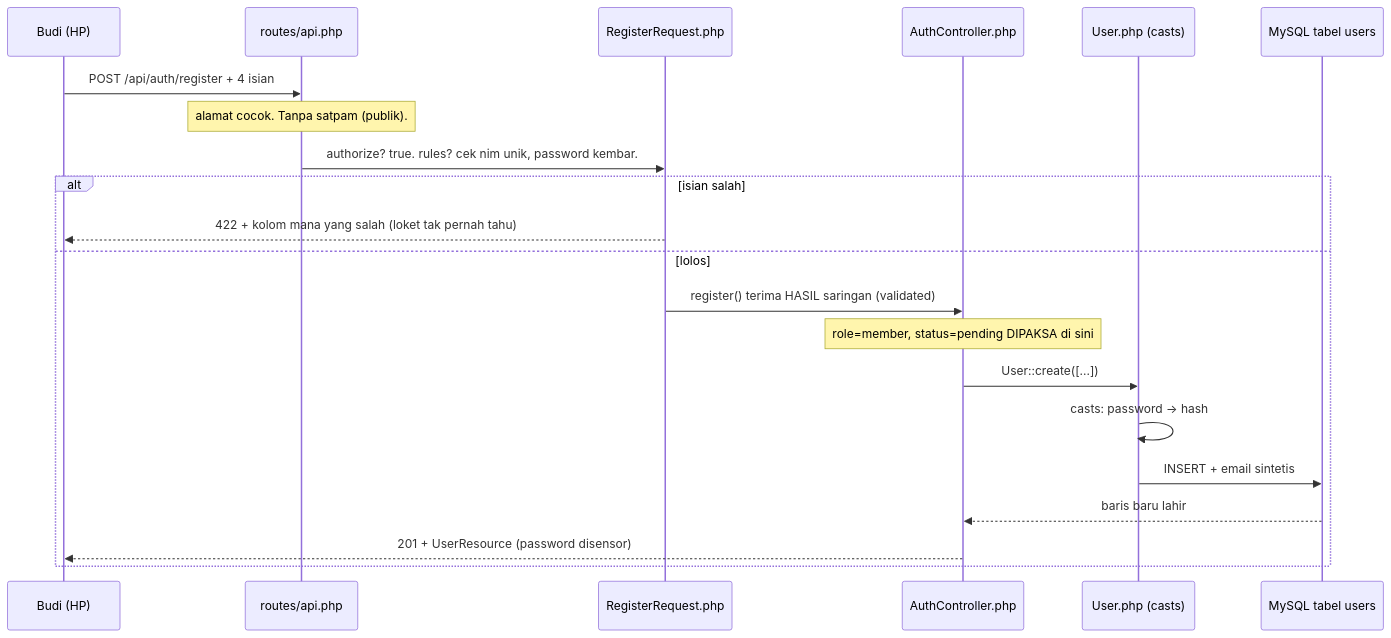
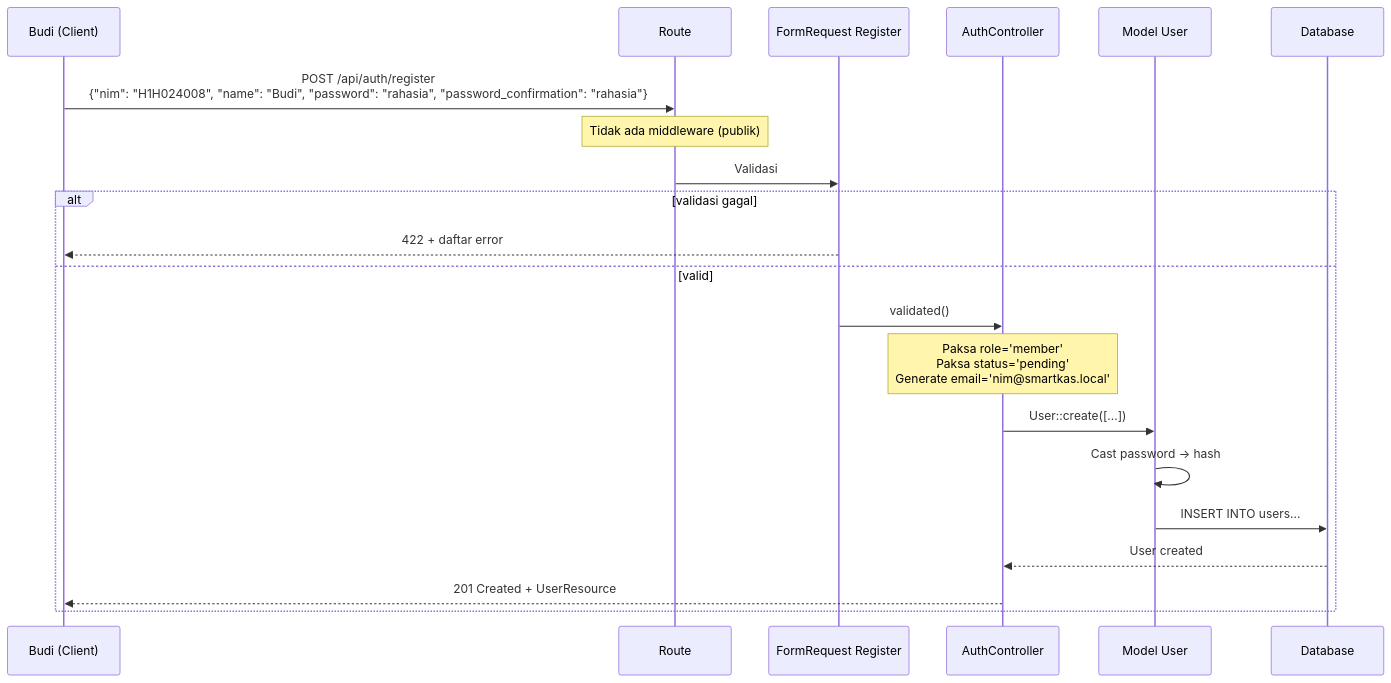
One commit to AbyanDv/Kelompok3-ShiftB-ResponsiPemweb2Laravel changed the fifth of 5 diagrams in penjelasan-tahap-1.md. Above: the diagram before and after it, drawn with Mermaid. The commit also changed other lines of this file and 15 other files, not shown here.

````diff
--- a/penjelasan-tahap-1.md
+++ b/penjelasan-tahap-1.md
@@ -468,24 +1432,24 @@
 ```mermaid
 sequenceDiagram
-    participant H as Budi (HP)
-    participant R as routes/api.php
-    participant F as RegisterRequest.php
-    participant C as AuthController.php
-    participant M as User.php (casts)
-    participant D as MySQL tabel users
+    participant B as Budi (Client)
+    participant R as Route
+    participant F as FormRequest Register
+    participant C as AuthController
+    participant M as Model User
+    participant D as Database
 
-    H->>R: POST /api/auth/register + 4 isian
-    Note over R: alamat cocok. Tanpa satpam (publik).
-    R->>F: authorize? true. rules? cek nim unik, password kembar.
-    alt isian salah
-        F-->>H: 422 + kolom mana yang salah (loket tak pernah tahu)
-    else lolos
-        F->>C: register() terima HASIL saringan (validated)
-        Note over C: role=member, status=pending DIPAKSA di sini
+    B->>R: POST /api/auth/register<br/>{"nim": "H1H024008", "name": "Budi", "password": "rahasia", "password_confirmation": "rahasia"}
+    Note over R: Tidak ada middleware (publik)
+    R->>F: Validasi
+    alt validasi gagal
+        F-->>B: 422 + daftar error
+    else valid
+        F->>C: validated()
+        Note over C: Paksa role='member'<br/>Paksa status='pending'<br/>Generate email='nim@smartkas.local'
         C->>M: User::create([...])
-        M->>M: casts: password → hash
-        M->>D: INSERT + email sintetis
-        D-->>C: baris baru lahir
-        C-->>H: 201 + UserResource (password disensor)
+        M->>M: Cast password → hash
+        M->>D: INSERT INTO users...
+        D-->>C: User created
+        C-->>B: 201 Created + UserResource
     end
 ```
````
